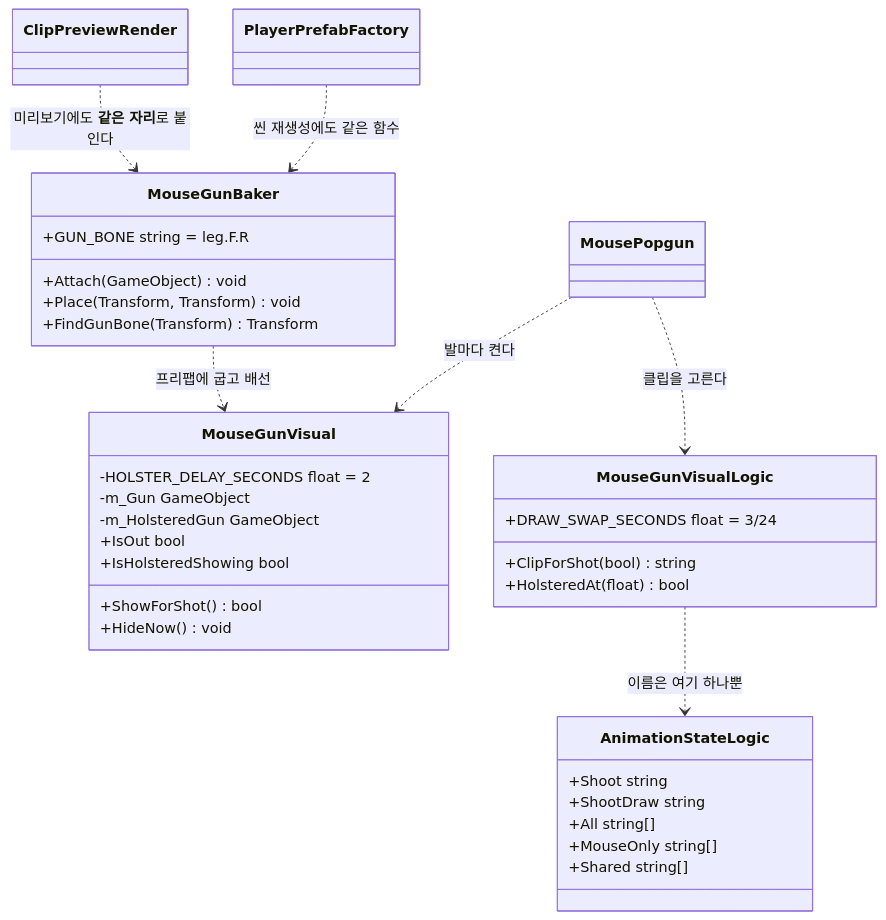
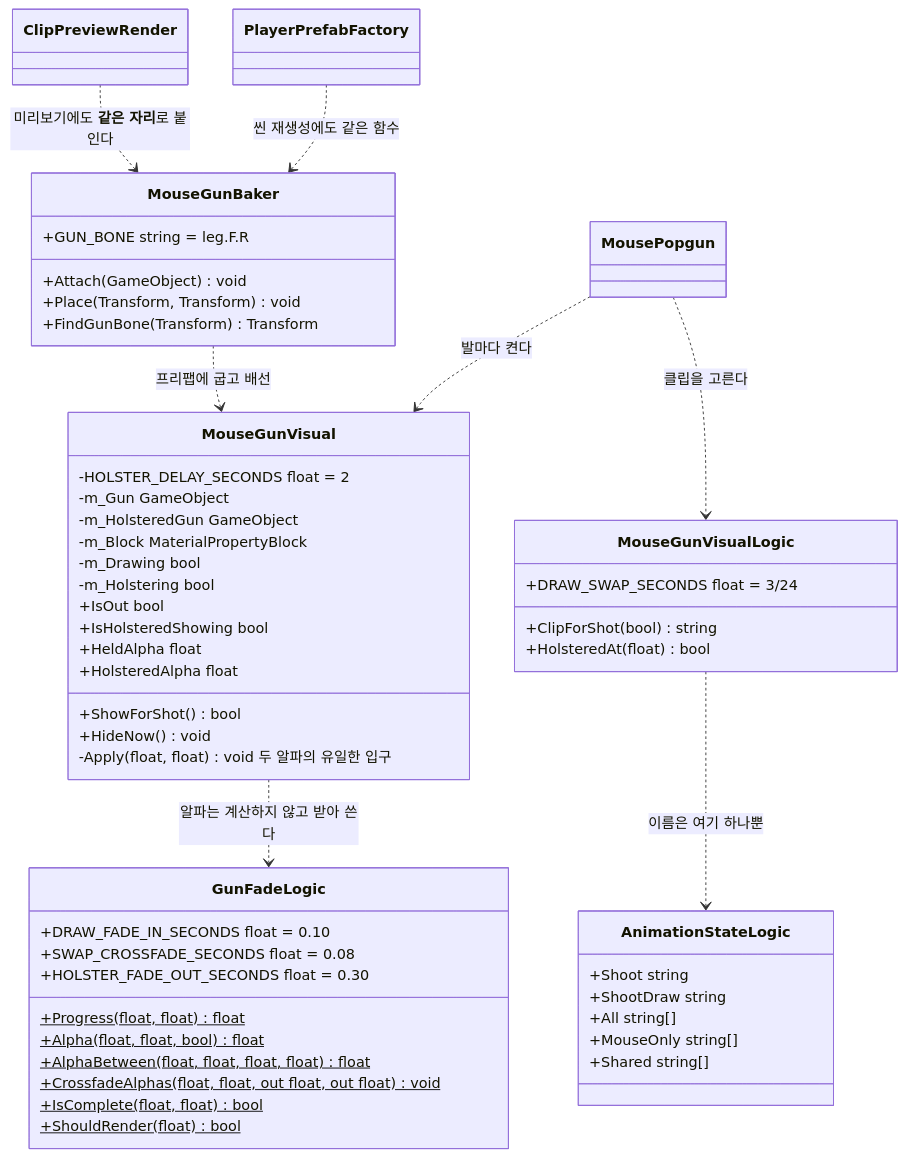
Before and after one commit to JeahanPark/The-Cheese-Thief-and-the-Cat: diagram 50 of 51 in CTC/docs/design-vault/코드 다이어그램.md, drawn with Mermaid. The commit also changed other lines of this file and 8 other files, not shown here.

````diff
--- a/CTC/docs/design-vault/코드 다이어그램.md
+++ b/CTC/docs/design-vault/코드 다이어그램.md
@@ -2846,36 +2848,54 @@
 ```mermaid
 classDiagram
     class MouseGunVisual {
         -HOLSTER_DELAY_SECONDS float = 2
         -m_Gun GameObject
         -m_HolsteredGun GameObject
+        -m_Block MaterialPropertyBlock
+        -m_Drawing bool
+        -m_Holstering bool
         +IsOut bool
         +IsHolsteredShowing bool
+        +HeldAlpha float
+        +HolsteredAlpha float
         +ShowForShot() bool
         +HideNow() void
+        -Apply(float, float) void 두 알파의 유일한 입구
     }
     class MouseGunVisualLogic {
         +DRAW_SWAP_SECONDS float = 3/24
         +ClipForShot(bool) string
         +HolsteredAt(float) bool
+    }
+    class GunFadeLogic {
+        +DRAW_FADE_IN_SECONDS float = 0.10
+        +SWAP_CROSSFADE_SECONDS float = 0.08
+        +HOLSTER_FADE_OUT_SECONDS float = 0.30
+        +Progress(float, float)$ float
+        +Alpha(float, float, bool)$ float
+        +AlphaBetween(float, float, float, float)$ float
+        +CrossfadeAlphas(float, float, out float, out float)$ void
+        +IsComplete(float, float)$ bool
+        +ShouldRender(float)$ bool
     }
     class AnimationStateLogic {
         +Shoot string
         +ShootDraw string
         +All string[]
         +MouseOnly string[]
         +Shared string[]
     }
     class MouseGunBaker {
         +GUN_BONE string = leg.F.R
         +Attach(GameObject) void
         +Place(Transform, Transform) void
         +FindGunBone(Transform) Transform
     }
     MousePopgun ..> MouseGunVisual : 발마다 켠다
     MousePopgun ..> MouseGunVisualLogic : 클립을 고른다
+    MouseGunVisual ..> GunFadeLogic : 알파는 계산하지 않고 받아 쓴다
     MouseGunVisualLogic ..> AnimationStateLogic : 이름은 여기 하나뿐
     MouseGunBaker ..> MouseGunVisual : 프리팹에 굽고 배선
     ClipPreviewRender ..> MouseGunBaker : 미리보기에도 **같은 자리**로 붙인다
     PlayerPrefabFactory ..> MouseGunBaker : 씬 재생성에도 같은 함수
 ```
````
